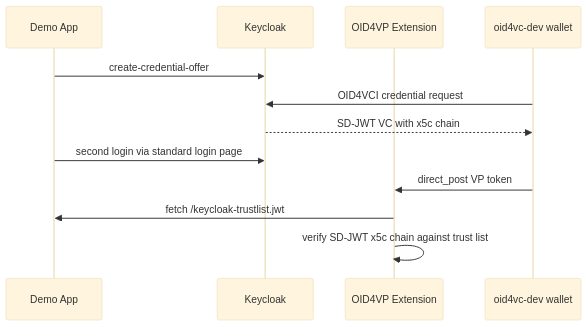
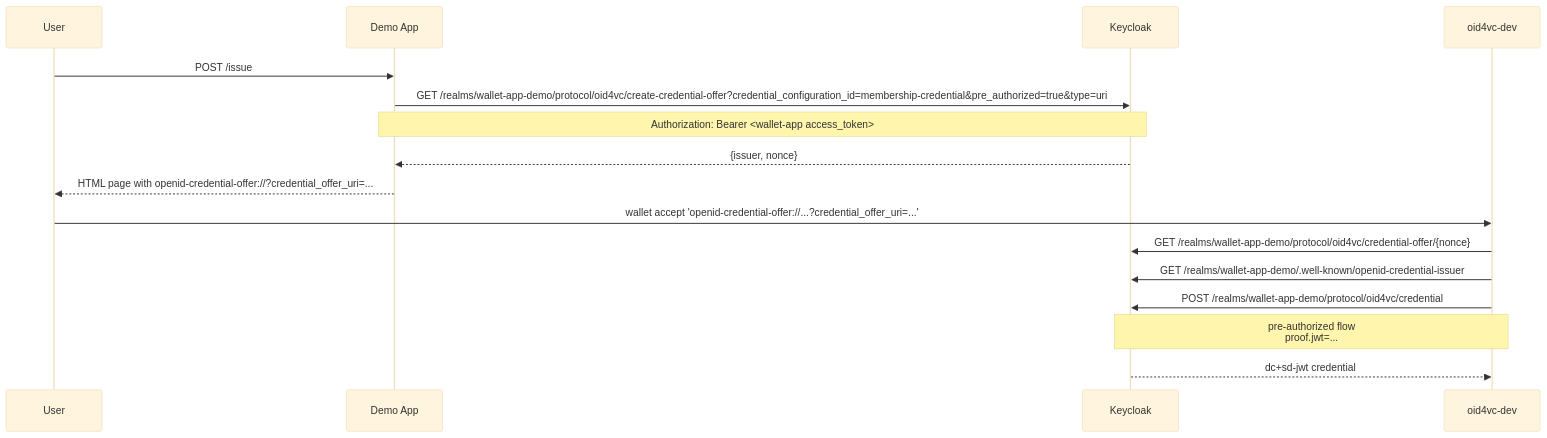
The second of 3 diagrams in examples/keycloak-issuer-verifier-app/README.md (dominikschlosser/ssi-debugger), drawn with Mermaid (base theme) before and after one commit. The commit also changed other lines of this file and 55 other files, not shown here.

````diff
--- a/examples/keycloak-issuer-verifier-app/README.md
+++ b/examples/keycloak-issuer-verifier-app/README.md
@@ -138,15 +58,20 @@
 ```mermaid
 sequenceDiagram
+    participant U as User
     participant APP as Demo App
     participant KC as Keycloak
-    participant EXT as OID4VP Extension
-    participant W as oid4vc-dev wallet
+    participant W as oid4vc-dev
 
-    APP->>KC: create-credential-offer
-    W->>KC: OID4VCI credential request
-    KC-->>W: SD-JWT VC with x5c chain
-    APP->>KC: second login via standard login page
-    W->>EXT: direct_post VP token
-    EXT->>APP: fetch /keycloak-trustlist.jwt
-    EXT->>EXT: verify SD-JWT x5c chain against trust list
+    U->>APP: POST /issue
+    APP->>KC: GET /realms/wallet-app-demo/protocol/oid4vc/create-credential-offer?credential_configuration_id=membership-credential&pre_authorized=true&type=uri
+    Note over APP,KC: Authorization: Bearer <wallet-app access_token>
+    KC-->>APP: {issuer, nonce}
+    APP-->>U: HTML page with openid-credential-offer://?credential_offer_uri=...
+
+    U->>W: wallet accept 'openid-credential-offer://...?credential_offer_uri=...'
+    W->>KC: GET /realms/wallet-app-demo/protocol/oid4vc/credential-offer/{nonce}
+    W->>KC: GET /realms/wallet-app-demo/.well-known/openid-credential-issuer
+    W->>KC: POST /realms/wallet-app-demo/protocol/oid4vc/credential
+    Note over W,KC: pre-authorized flow<br/>proof.jwt=...
+    KC-->>W: dc+sd-jwt credential
 ```
````
